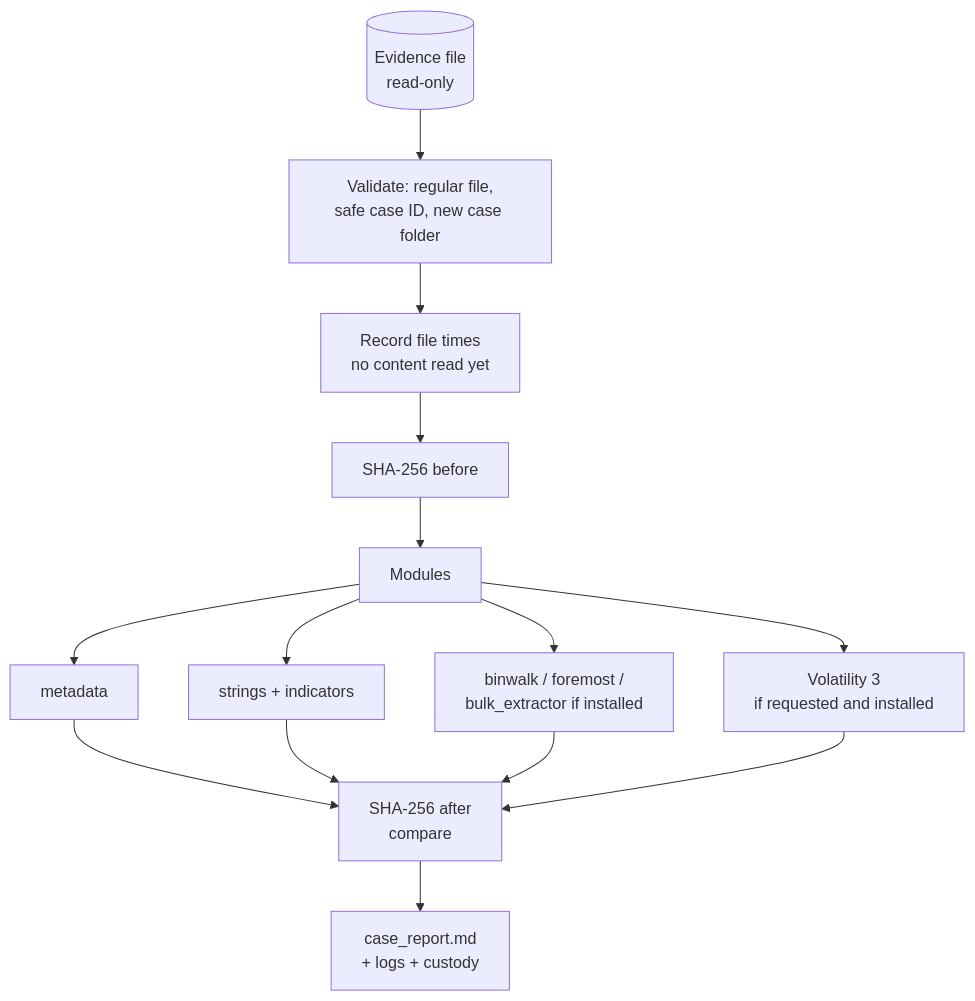
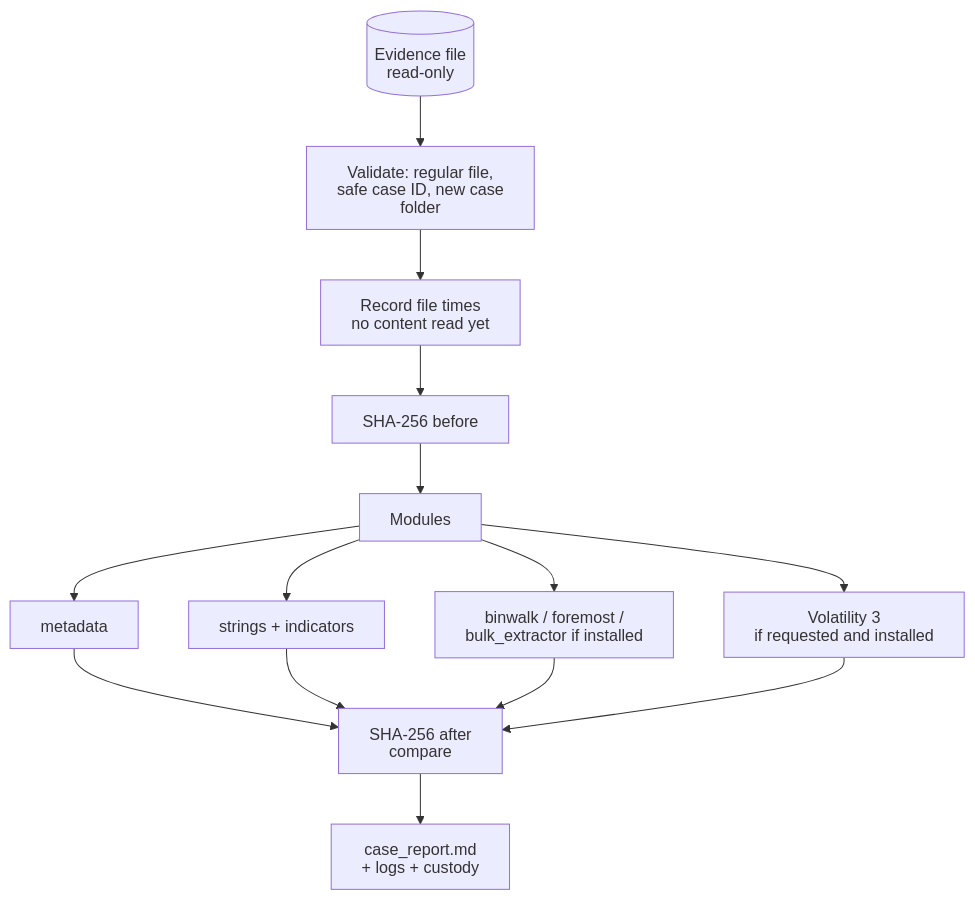
One commit to OYDeadpoolife/dfir-forensics-toolkit changed the diagram in README.md. Above: the diagram before and after it, drawn with Mermaid.

Commit message:
Use SVG text labels in Mermaid diagrams (HTML labels were clipped on GitHub)

````diff
--- a/README.md
+++ b/README.md
@@ -62,13 +62,19 @@
 ```mermaid
+---
+config:
+  htmlLabels: false
+  flowchart:
+    htmlLabels: false
+---
 flowchart TD
     E[(Evidence file<br/>read-only)] --> V[Validate: regular file,<br/>safe case ID, new case folder]
     V --> A[Record file times<br/>no content read yet]
     A --> H1[SHA-256 before]
     H1 --> M[Modules]
     M --> M1[metadata]
     M --> M2[strings + indicators]
     M --> M3[binwalk / foremost /<br/>bulk_extractor if installed]
     M --> M4[Volatility 3<br/>if requested and installed]
     M1 & M2 & M3 & M4 --> H2[SHA-256 after<br/>compare]
     H2 --> R[case_report.md<br/>+ logs + custody]
 ```
````
